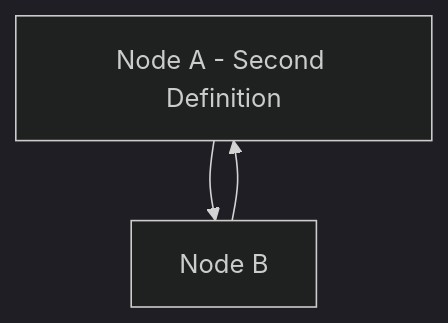
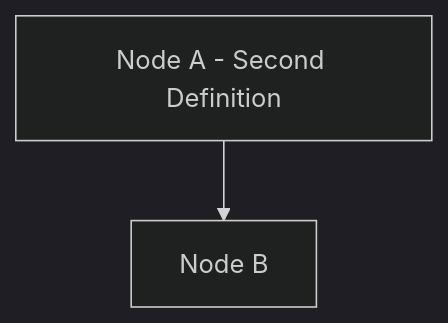
One commit to CyanAutomation/merm8 changed the diagram in benchmarks/cases/flowchart/violations/duplicate-nodes.mmd. Above: the diagram before and after it, drawn with Mermaid (dark theme). The commit also changed 5 other files, not shown here.

```diff
--- a/benchmarks/cases/flowchart/violations/duplicate-nodes.mmd
+++ b/benchmarks/cases/flowchart/violations/duplicate-nodes.mmd
@@ -1,11 +1,10 @@
 graph TD
     A["Node A - First Definition"]
     B["Node B"]
     
     A --> B
     
     %% This next definition redeclares A with a different label (duplicate ID)
     A["Node A - Second Definition"]
-    B --> A
     
     %% @rule: no-duplicate-node-ids
```
